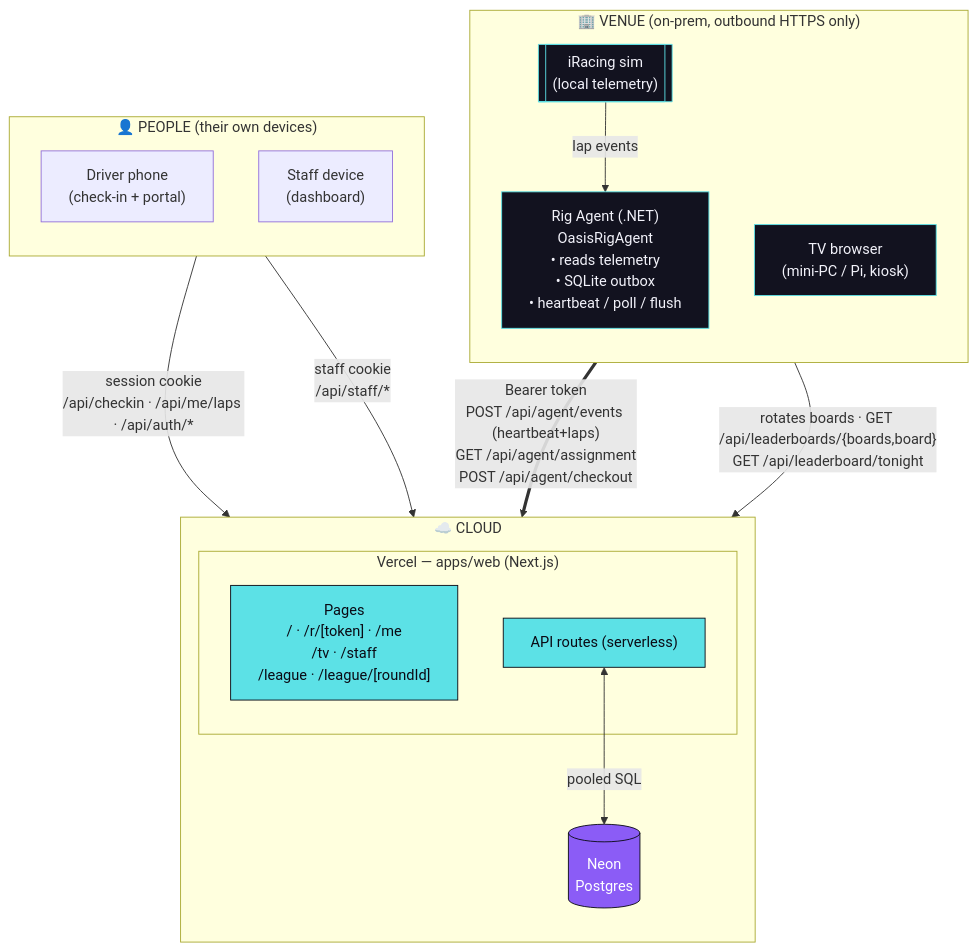
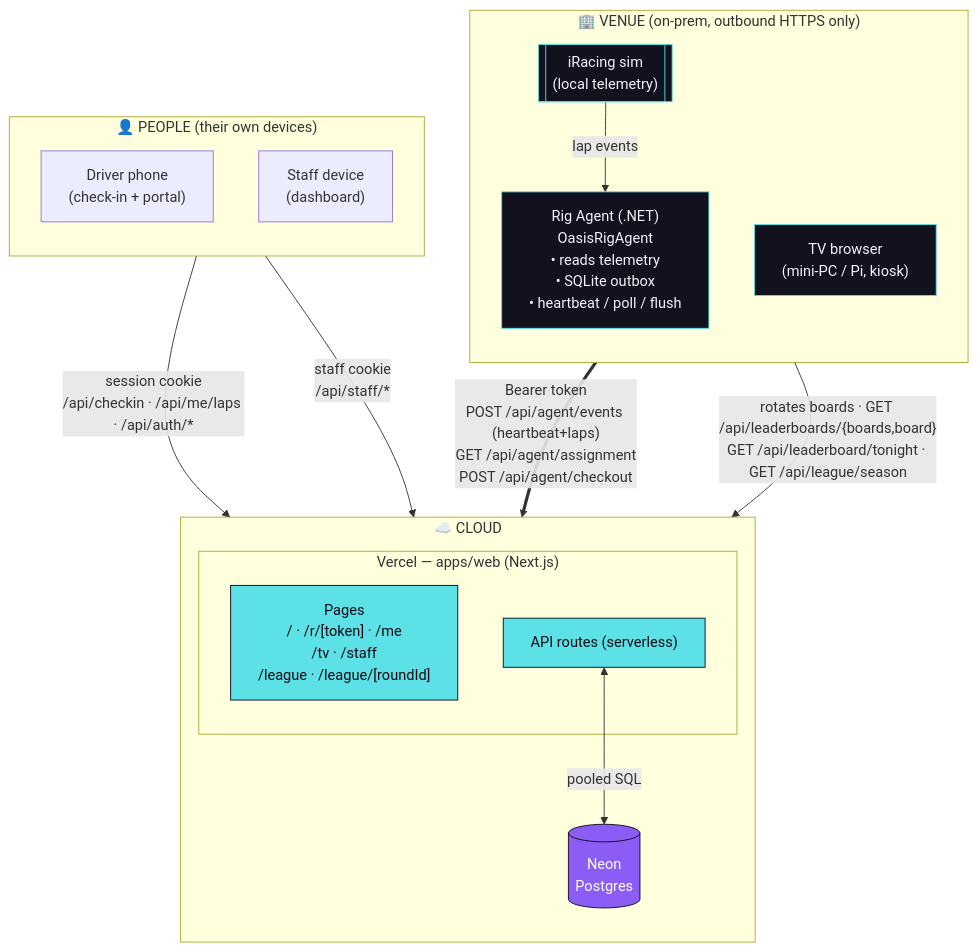
The diagram in docs/architecture.md (codyjohnsontx/oasisRaceControl), drawn with Mermaid before and after one commit. The commit also changed 1 other file, not shown here.

Commit message:
no-mistakes(document): Document league pages in server-read and TV endpoint docs

````diff
--- a/docs/architecture.md
+++ b/docs/architecture.md
@@ -9,38 +9,38 @@
 ```mermaid
 flowchart TB
     subgraph venue["🏢 VENUE (on-prem, outbound HTTPS only)"]
         direction TB
         iracing[["iRacing sim<br/>(local telemetry)"]]
         agent["Rig Agent (.NET)<br/>OasisRigAgent<br/>• reads telemetry<br/>• SQLite outbox<br/>• heartbeat / poll / flush"]
         tv["TV browser<br/>(mini-PC / Pi, kiosk)"]
         iracing -->|"lap events"| agent
     end
 
     subgraph people["👤 PEOPLE (their own devices)"]
         direction TB
         driver["Driver phone<br/>(check-in + portal)"]
         staff["Staff device<br/>(dashboard)"]
     end
 
     subgraph cloud["☁️ CLOUD"]
         direction TB
         subgraph vercel["Vercel — apps/web (Next.js)"]
             pages["Pages<br/>/ · /r/[token] · /me<br/>/tv · /staff<br/>/league · /league/[roundId]"]
             api["API routes (serverless)"]
         end
         neon[("Neon<br/>Postgres")]
         api <-->|"pooled SQL"| neon
     end
 
     agent ==>|"Bearer token<br/>POST /api/agent/events (heartbeat+laps)<br/>GET /api/agent/assignment<br/>POST /api/agent/checkout"| api
-    tv -->|"rotates boards · GET /api/leaderboards/{boards,board}<br/>GET /api/leaderboard/tonight"| api
+    tv -->|"rotates boards · GET /api/leaderboards/{boards,board}<br/>GET /api/leaderboard/tonight · GET /api/league/season"| api
     driver -->|"session cookie<br/>/api/checkin · /api/me/laps · /api/auth/*"| api
     staff -->|"staff cookie<br/>/api/staff/*"| api
 
     classDef cloudcls fill:#5ce1e6,stroke:#0a0a14,color:#0a0a14;
     classDef db fill:#8b5cf6,stroke:#0a0a14,color:#fff;
     classDef venuecls fill:#12121f,stroke:#5ce1e6,color:#f2f2fa;
     class api,pages cloudcls;
     class neon db;
     class agent,tv,iracing venuecls;
 ```
````
